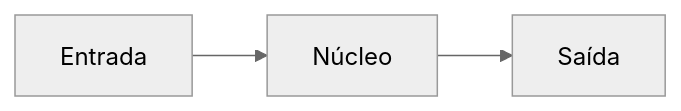
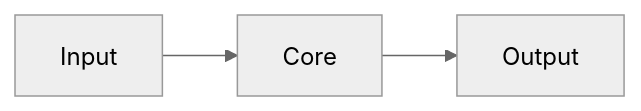
Before and after one commit to Mateus-repo/Repo-Template: the diagram in ARCHITECTURE.md, drawn with Mermaid (neutral theme). The commit also changed other lines of this file and 56 other files, not shown here.

````diff
--- a/ARCHITECTURE.md
+++ b/ARCHITECTURE.md
@@ -11,4 +11,4 @@
 ```mermaid
 flowchart LR
-    A[Entrada] --> B[Núcleo] --> C[Saída]
+    A[Input] --> B[Core] --> C[Output]
 ```
````
